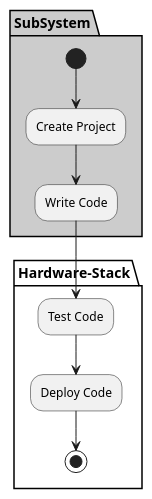
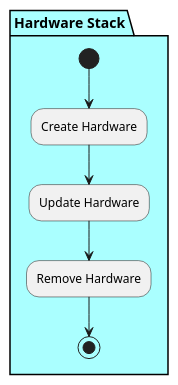
One commit to CAADE/fleet changed the diagram in docs/Solution/Hardware-Stack/Process.puml. Above: the diagram before and after it, drawn with PlantUML. The commit also changed 79 other files, not shown here.

```diff
--- a/docs/Solution/Hardware-Stack/Process.puml
+++ b/docs/Solution/Hardware-Stack/Process.puml
@@ -1,18 +1,10 @@
 @startuml
 
-partition "Hardware-Stack" {
-
-}
-
-partition SubSystem  #cccccc {
-  (*) --> "Create Project"
-  --> "Write Code"
-}
-
-partition "Hardware-Stack" {
-  "Write Code" --> "Test Code"
-  "Test Code" --> "Deploy Code"
-  "Deploy Code" --> (*)
+partition "Hardware Stack" #aaffff {
+  (*) --> "Create Hardware"
+  "Create Hardware" --> "Update Hardware"
+  "Update Hardware" --> "Remove Hardware"
+  "Remove Hardware" --> (*)
 }
 
 @enduml
```
